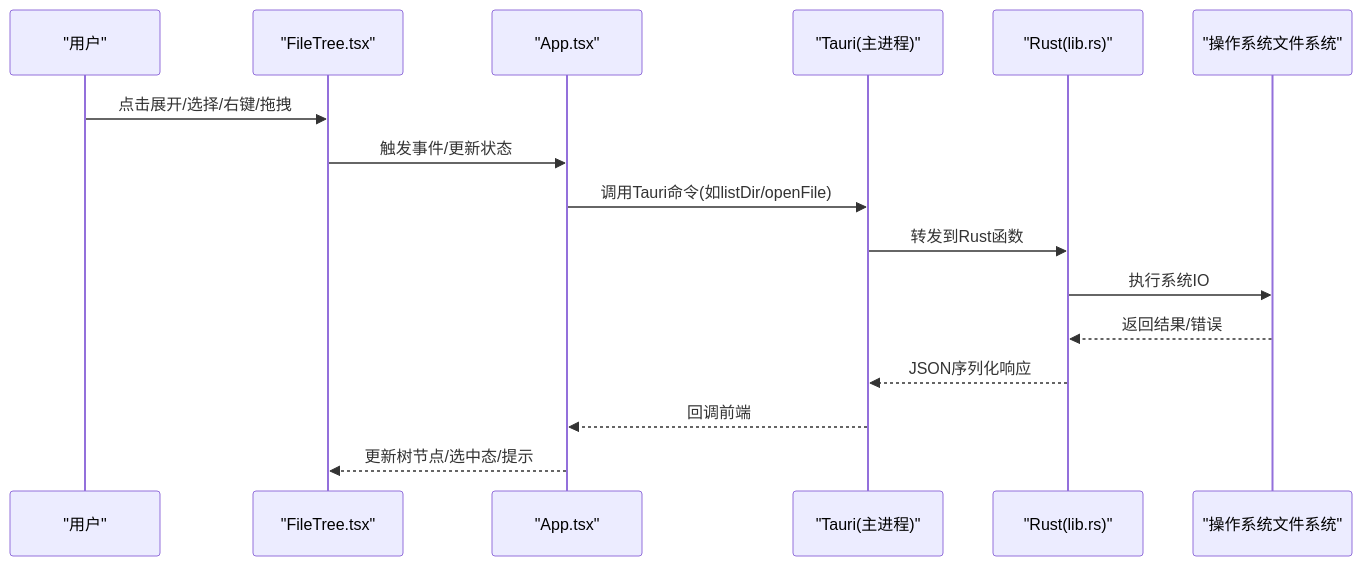
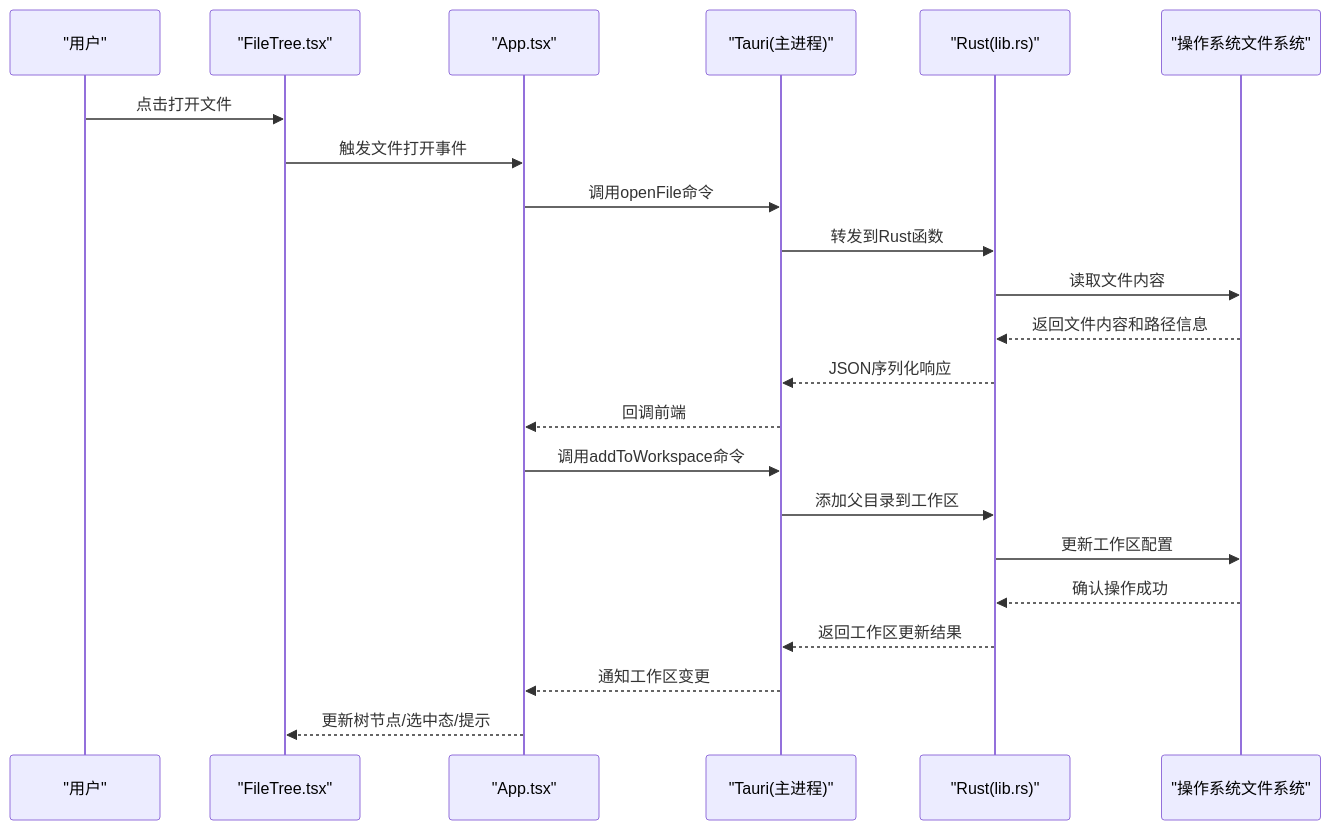
Before and after one commit to gongshiyun/ZenNote: the second of 4 diagrams in .qoder/repowiki/zh/content/核心组件/文件树组件.md, drawn with Mermaid. The commit also changed other lines of this file and 8 other files, not shown here.

````diff
--- a/.qoder/repowiki/zh/content/核心组件/文件树组件.md
+++ b/.qoder/repowiki/zh/content/核心组件/文件树组件.md
@@ -81,18 +92,24 @@
 ```mermaid
 sequenceDiagram
 participant U as "用户"
 participant FT as "FileTree.tsx"
 participant APP as "App.tsx"
 participant TAURI as "Tauri(主进程)"
 participant RUST as "Rust(lib.rs)"
 participant FS as "操作系统文件系统"
-U->>FT : 点击展开/选择/右键/拖拽
-FT->>APP : 触发事件/更新状态
-APP->>TAURI : 调用Tauri命令(如listDir/openFile)
+U->>FT : 点击打开文件
+FT->>APP : 触发文件打开事件
+APP->>TAURI : 调用openFile命令
 TAURI->>RUST : 转发到Rust函数
-RUST->>FS : 执行系统IO
-FS-->>RUST : 返回结果/错误
+RUST->>FS : 读取文件内容
+FS-->>RUST : 返回文件内容和路径信息
 RUST-->>TAURI : JSON序列化响应
 TAURI-->>APP : 回调前端
+APP->>TAURI : 调用addToWorkspace命令
+TAURI->>RUST : 添加父目录到工作区
+RUST->>FS : 更新工作区配置
+FS-->>RUST : 确认操作成功
+RUST-->>TAURI : 返回工作区更新结果
+TAURI-->>APP : 通知工作区变更
 APP-->>FT : 更新树节点/选中态/提示
 ```
````
